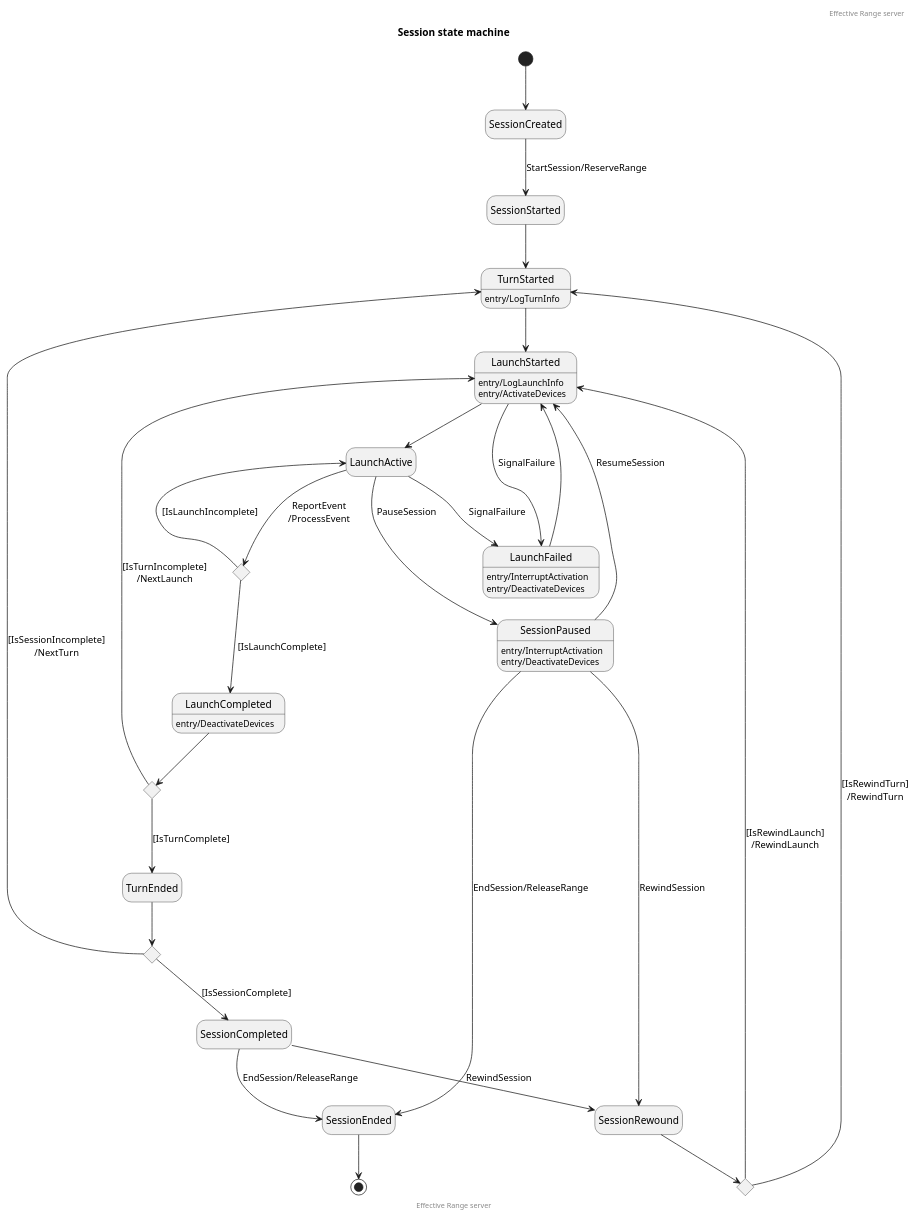
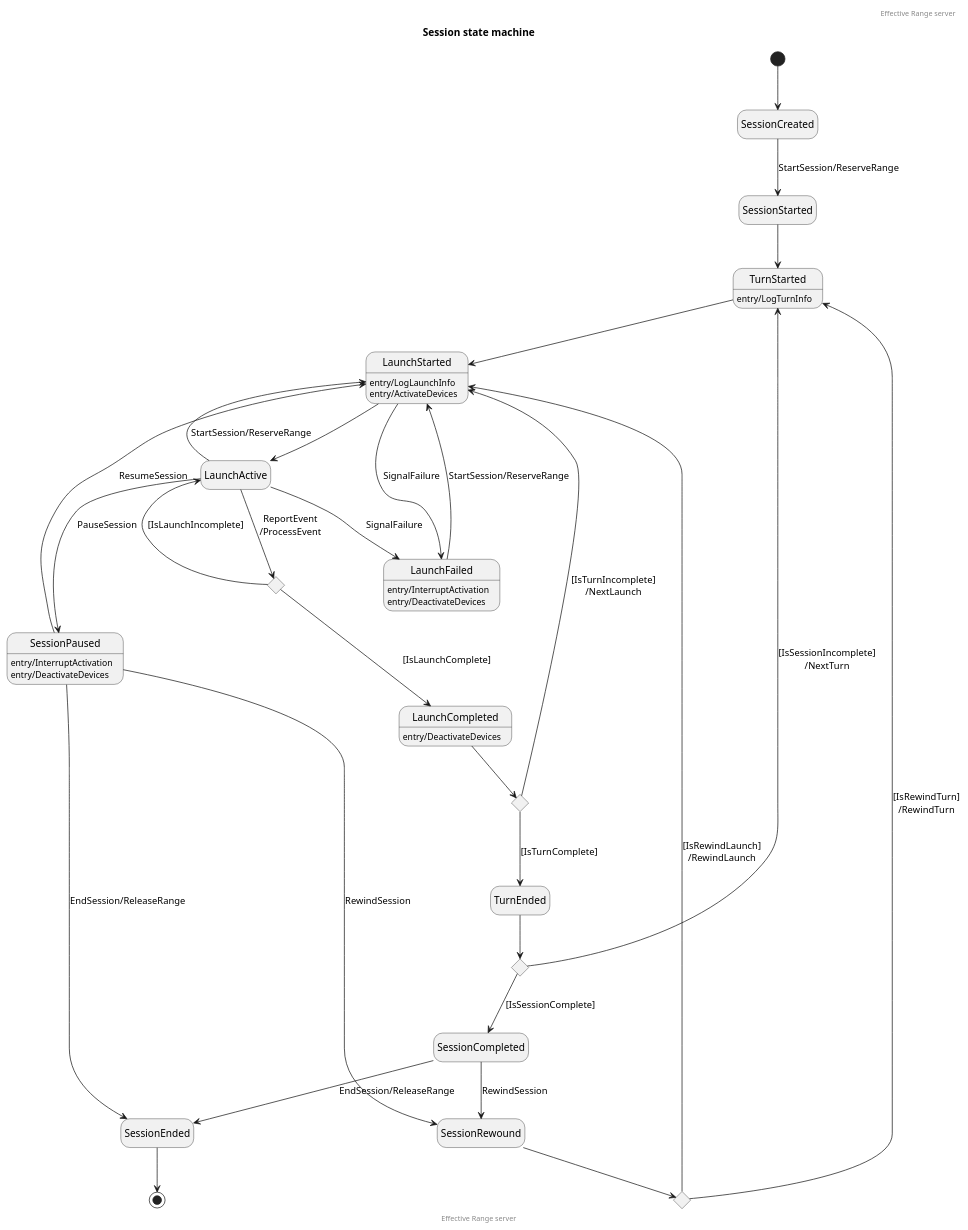
One commit to EffectiveRange/effective-range-api changed the diagram in state/server-session.puml. Above: the diagram before and after it, drawn with PlantUML.

Commit message:
Update server session diagram

```diff
--- a/state/server-session.puml
+++ b/state/server-session.puml
@@ -1,64 +1,67 @@
 @startuml
 hide empty description
 
 header Effective Range server
 title Session state machine
 
 [*] --> SessionCreated
 SessionCreated --> SessionStarted : StartSession/ReserveRange
 SessionStarted --> TurnStarted
 TurnStarted : entry/LogTurnInfo
 TurnStarted --> LaunchStarted
 
 LaunchStarted : entry/LogLaunchInfo
 LaunchStarted : entry/ActivateDevices
 LaunchStarted --> LaunchActive
 
 state LaunchActiveChoice <<choice>>
 
 ' Successful launch
 LaunchActive --> LaunchActiveChoice : ReportEvent\n/ProcessEvent
 LaunchActiveChoice --> LaunchActive : [IsLaunchIncomplete]
 LaunchActiveChoice --> LaunchCompleted : [IsLaunchComplete]
 LaunchCompleted : entry/DeactivateDevices
 
 state LaunchCompleteChoice <<choice>>
 
 LaunchCompleted --> LaunchCompleteChoice
 LaunchCompleteChoice --> LaunchStarted : [IsTurnIncomplete]\n/NextLaunch
 LaunchCompleteChoice --> TurnEnded : [IsTurnComplete]
 
 ' Failed launch
 LaunchStarted --> LaunchFailed : SignalFailure
 LaunchActive --> LaunchFailed : SignalFailure
 LaunchFailed : entry/InterruptActivation
 LaunchFailed : entry/DeactivateDevices
-LaunchFailed --> LaunchStarted
+LaunchFailed --> LaunchStarted : StartSession/ReserveRange
 
 ' Paused session
 LaunchActive --> SessionPaused : PauseSession
 SessionPaused : entry/InterruptActivation
 SessionPaused : entry/DeactivateDevices
 SessionPaused --> LaunchStarted : ResumeSession
 SessionPaused --> SessionEnded : EndSession/ReleaseRange
+
+' Continue session after server restart
+LaunchActive --> LaunchStarted : StartSession/ReserveRange
 
 ' Rewound session
 state SessionRewoundChoice <<choice>>
 
 SessionPaused --> SessionRewound : RewindSession
 SessionRewound --> SessionRewoundChoice
 SessionRewoundChoice --> LaunchStarted : [IsRewindLaunch]\n/RewindLaunch
 SessionRewoundChoice --> TurnStarted : [IsRewindTurn]\n/RewindTurn
 
 state TurnEndedChoice <<choice>>
 
 TurnEnded --> TurnEndedChoice
 TurnEndedChoice --> TurnStarted : [IsSessionIncomplete]\n/NextTurn
 TurnEndedChoice --> SessionCompleted : [IsSessionComplete]
 SessionCompleted --> SessionRewound : RewindSession
 SessionCompleted --> SessionEnded : EndSession/ReleaseRange
 SessionEnded --> [*]
 
 footer Effective Range server
 
 @enduml
```
